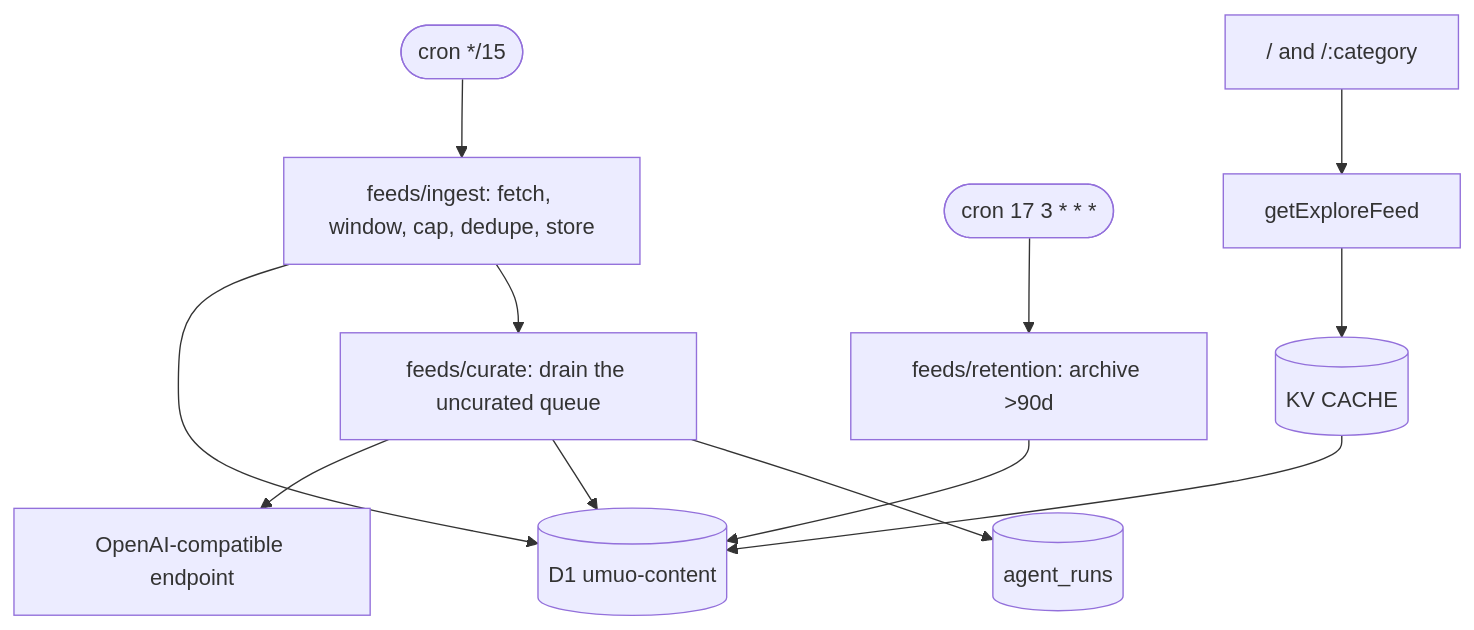
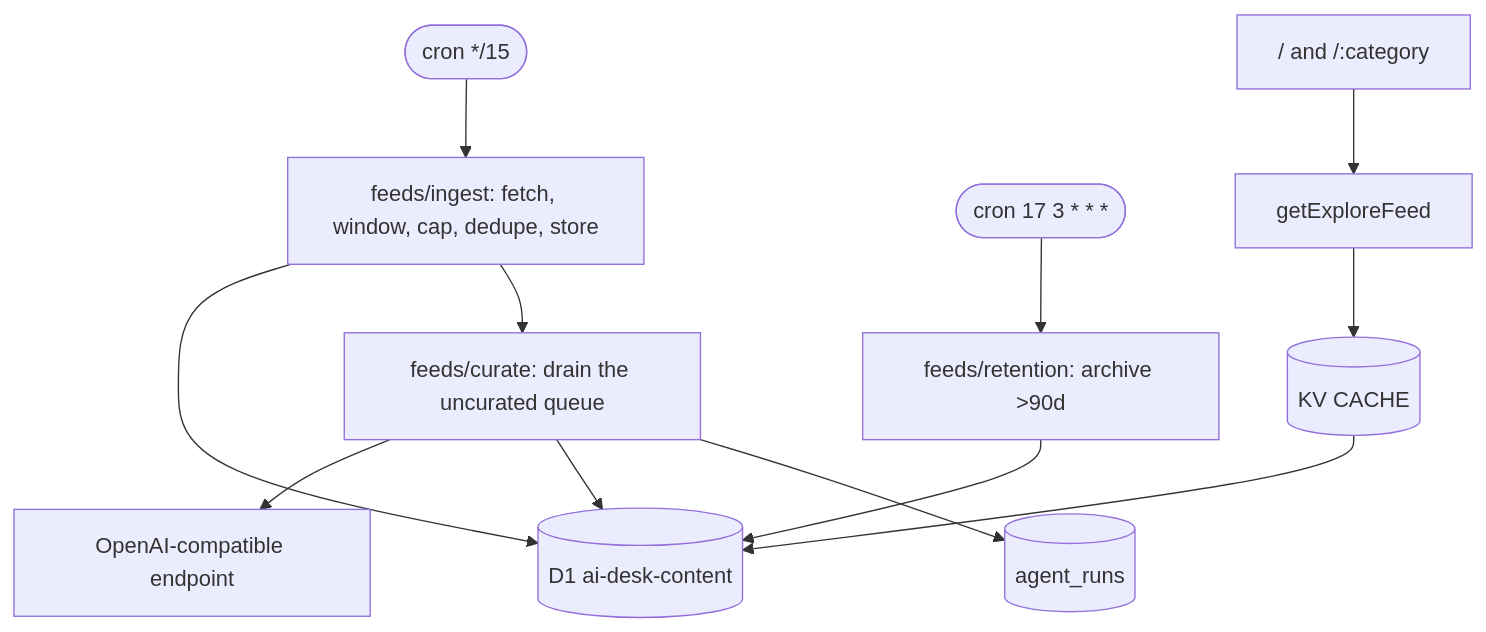
One commit to youming-ai/ai changed the diagram in README.md. Above: the diagram before and after it, drawn with Mermaid. The commit also changed other lines of this file and 54 other files, not shown here.

````diff
--- a/README.md
+++ b/README.md
@@ -79,12 +81,12 @@
 ```mermaid
 graph TD
   Cron@{ shape: stadium, label: "cron */15" } --> Ingest[feeds/ingest: fetch, window, cap, dedupe, store]
-  Ingest --> D1[(D1 umuo-content)]
+  Ingest --> D1[(D1 ai-desk-content)]
   Ingest --> Curate[feeds/curate: drain the uncurated queue]
   Curate --> LLM[OpenAI-compatible endpoint]
   Curate --> D1
   Curate --> Runs[(agent_runs)]
   Sweep@{ shape: stadium, label: "cron 17 3 * * *" } --> Retention[feeds/retention: archive >90d]
   Retention --> D1
   Home["/ and /:category"] --> Explore[getExploreFeed] --> KV1[(KV CACHE)] --> D1
 ```
````
